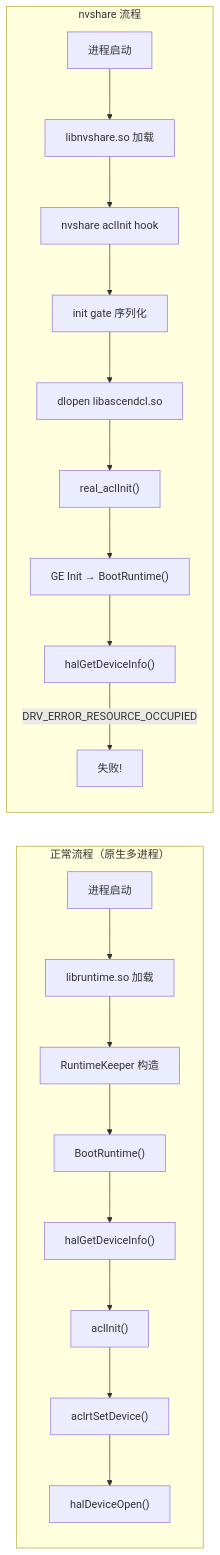
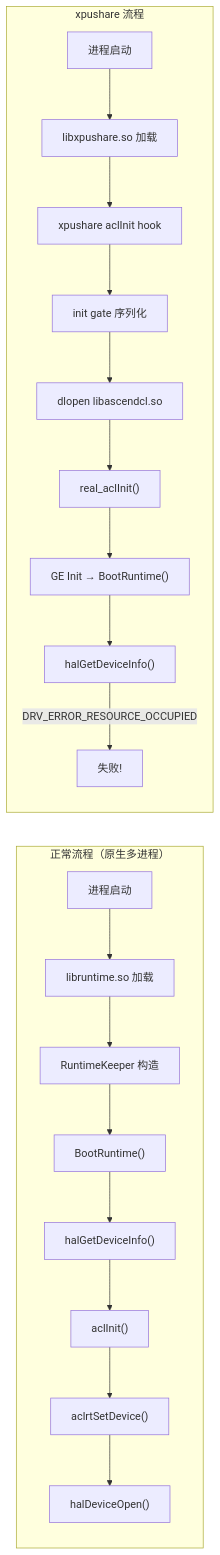
The third of 5 diagrams in docs/design/npu-concurrency-analysis-opus.md (luogangyi/XPUShare), drawn with Mermaid before and after one commit. The commit also changed other lines of this file and 150 other files, not shown here.

````diff
--- a/docs/design/npu-concurrency-analysis-opus.md
+++ b/docs/design/npu-concurrency-analysis-opus.md
@@ -267,23 +267,23 @@
 ```mermaid
 graph LR
     subgraph "正常流程（原生多进程）"
         A1["进程启动"] --> B1["libruntime.so 加载"]
         B1 --> C1["RuntimeKeeper 构造"]
         C1 --> D1["BootRuntime()"]
         D1 --> E1["halGetDeviceInfo()"]
         E1 --> F1["aclInit()"]
         F1 --> G1["aclrtSetDevice()"]
         G1 --> H1["halDeviceOpen()"]
     end
     
-    subgraph "nvshare 流程"
-        A2["进程启动"] --> B2["libnvshare.so 加载"]
-        B2 --> C2["nvshare aclInit hook"]
+    subgraph "xpushare 流程"
+        A2["进程启动"] --> B2["libxpushare.so 加载"]
+        B2 --> C2["xpushare aclInit hook"]
         C2 --> D2["init gate 序列化"]
         D2 --> E2["dlopen libascendcl.so"]
         E2 --> F2["real_aclInit()"]
         F2 --> G2["GE Init → BootRuntime()"]
         G2 --> H2["halGetDeviceInfo()"]
         H2 -->|"DRV_ERROR_RESOURCE_OCCUPIED"| I2["失败!"]
     end
 ```
````
